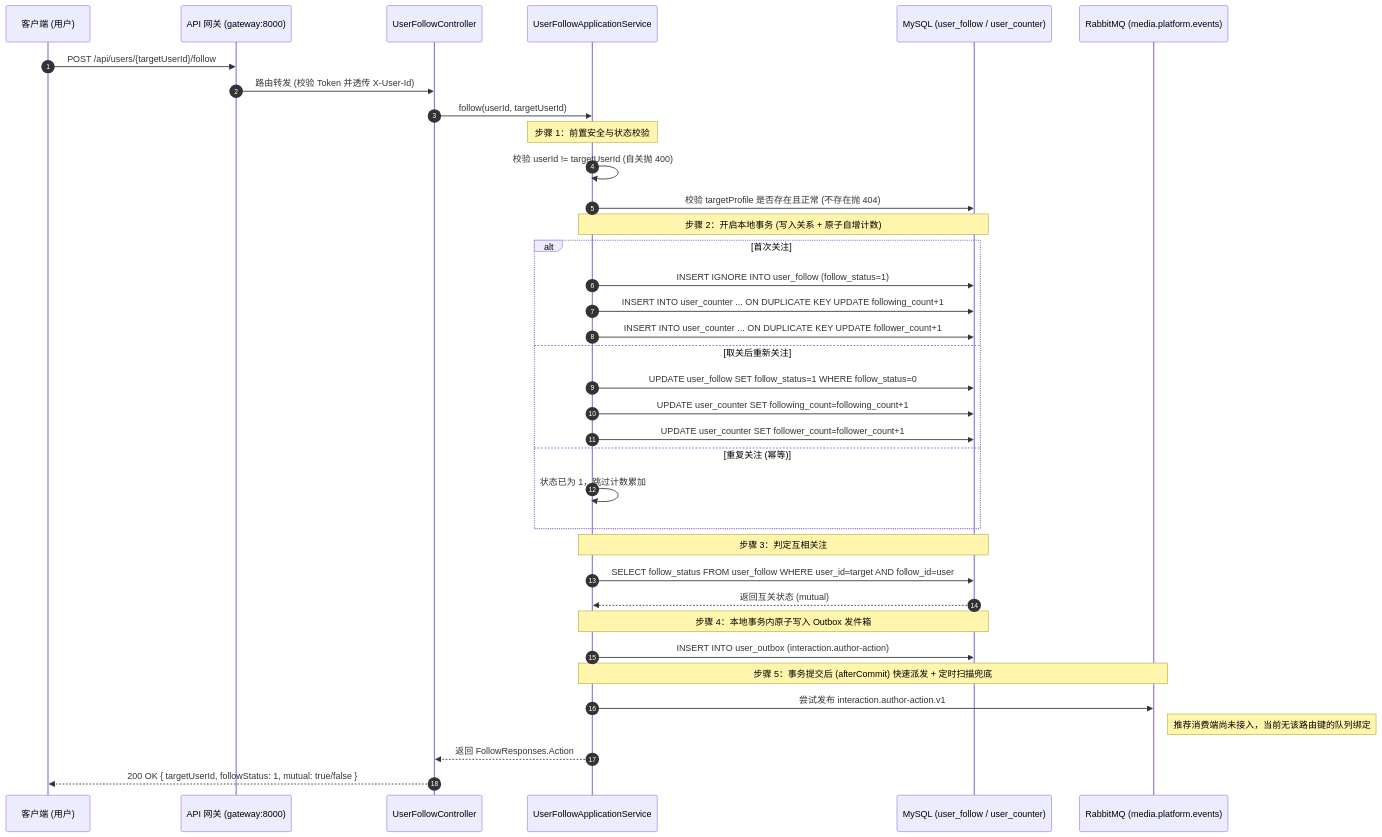
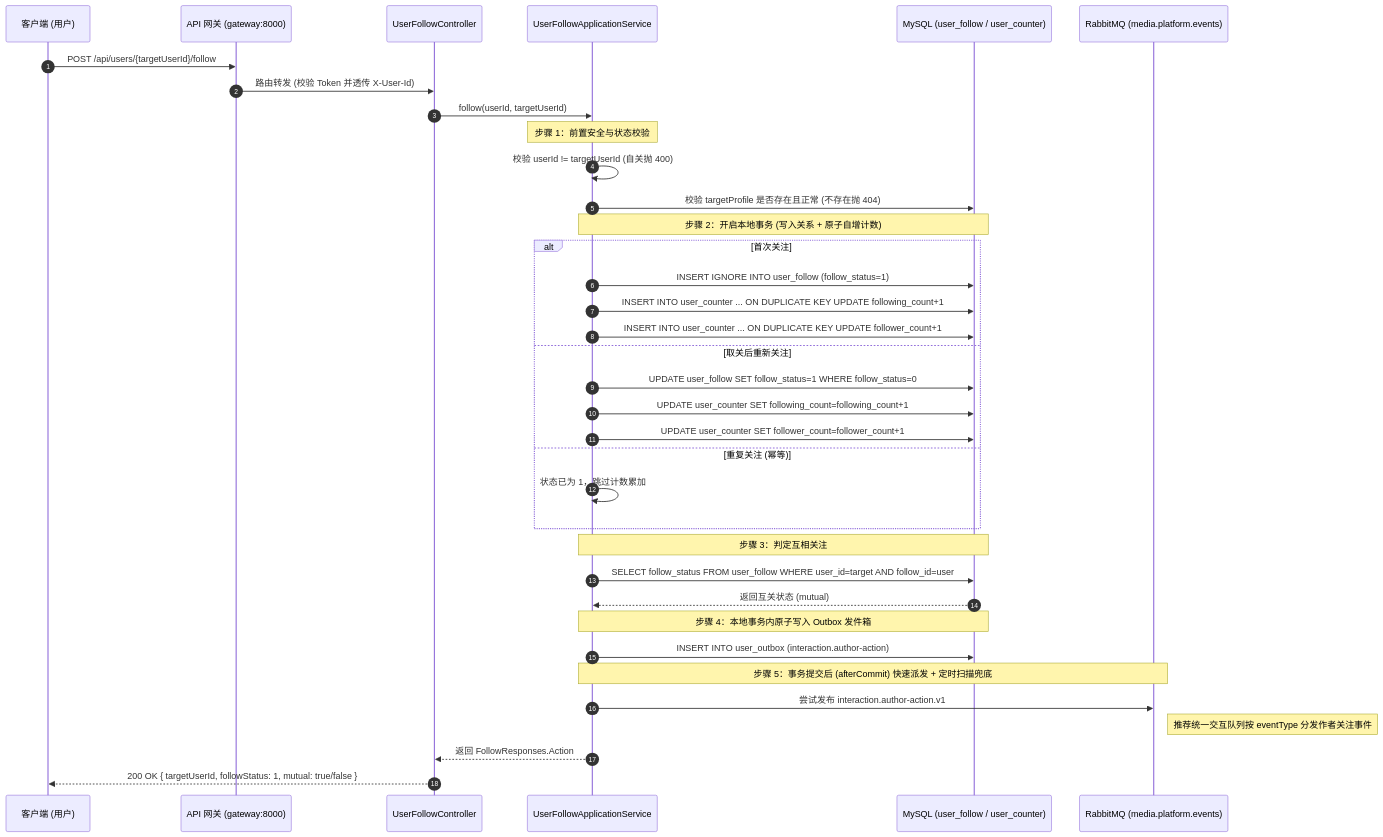
The third of 5 diagrams in docs/modules/user.md (fank-c/media-platform-rebuild), drawn with Mermaid before and after one commit. The commit also changed other lines of this file and 24 other files, not shown here.

````diff
--- a/docs/modules/user.md
+++ b/docs/modules/user.md
@@ -95,45 +95,45 @@
 ```mermaid
 sequenceDiagram
     autonumber
     participant Client as 客户端 (用户)
     participant GW as API 网关 (gateway:8000)
     participant Ctrl as UserFollowController
     participant Svc as UserFollowApplicationService
     participant DB as MySQL (user_follow / user_counter)
     participant MQ as RabbitMQ (media.platform.events)
 
     Client->>GW: POST /api/users/{targetUserId}/follow
     GW->>Ctrl: 路由转发 (校验 Token 并透传 X-User-Id)
     Ctrl->>Svc: follow(userId, targetUserId)
 
     Note over Svc: 步骤 1：前置安全与状态校验
     Svc->>Svc: 校验 userId != targetUserId (自关抛 400)
     Svc->>DB: 校验 targetProfile 是否存在且正常 (不存在抛 404)
 
     Note over Svc,DB: 步骤 2：开启本地事务 (写入关系 + 原子自增计数)
     alt 首次关注
         Svc->>DB: INSERT IGNORE INTO user_follow (follow_status=1)
         Svc->>DB: INSERT INTO user_counter ... ON DUPLICATE KEY UPDATE following_count+1
         Svc->>DB: INSERT INTO user_counter ... ON DUPLICATE KEY UPDATE follower_count+1
     else 取关后重新关注
         Svc->>DB: UPDATE user_follow SET follow_status=1 WHERE follow_status=0
         Svc->>DB: UPDATE user_counter SET following_count=following_count+1
         Svc->>DB: UPDATE user_counter SET follower_count=follower_count+1
     else 重复关注 (幂等)
         Svc->>Svc: 状态已为 1，跳过计数累加
     end
 
     Note over Svc,DB: 步骤 3：判定互相关注
     Svc->>DB: SELECT follow_status FROM user_follow WHERE user_id=target AND follow_id=user
     DB-->>Svc: 返回互关状态 (mutual)
 
     Note over Svc,DB: 步骤 4：本地事务内原子写入 Outbox 发件箱
     Svc->>DB: INSERT INTO user_outbox (interaction.author-action)
 
     Note over Svc,MQ: 步骤 5：事务提交后 (afterCommit) 快速派发 + 定时扫描兜底
     Svc->>MQ: 尝试发布 interaction.author-action.v1
-    Note right of MQ: 推荐消费端尚未接入，当前无该路由键的队列绑定
+    Note right of MQ: 推荐统一交互队列按 eventType 分发作者关注事件
 
     Svc-->>Ctrl: 返回 FollowResponses.Action
     Ctrl-->>Client: 200 OK { targetUserId, followStatus: 1, mutual: true/false }
 ```
````
